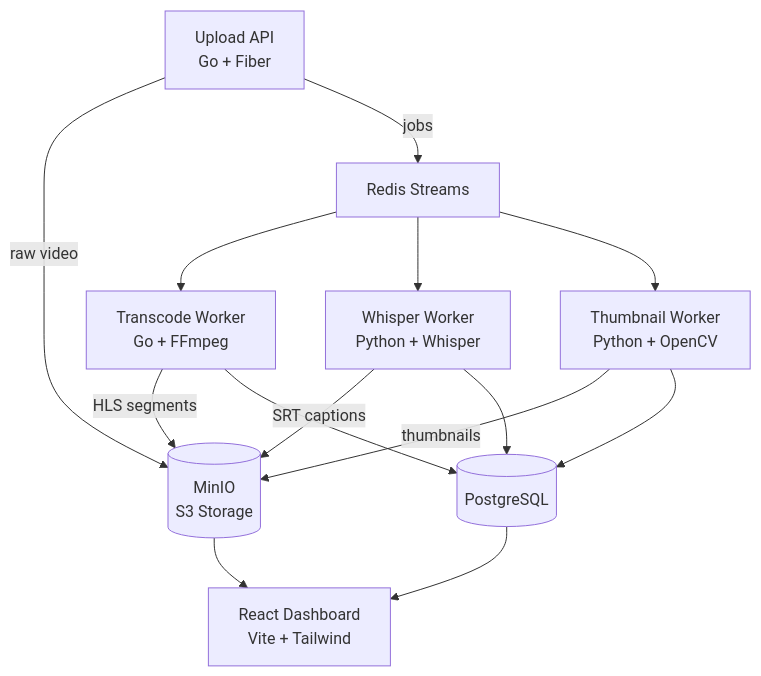
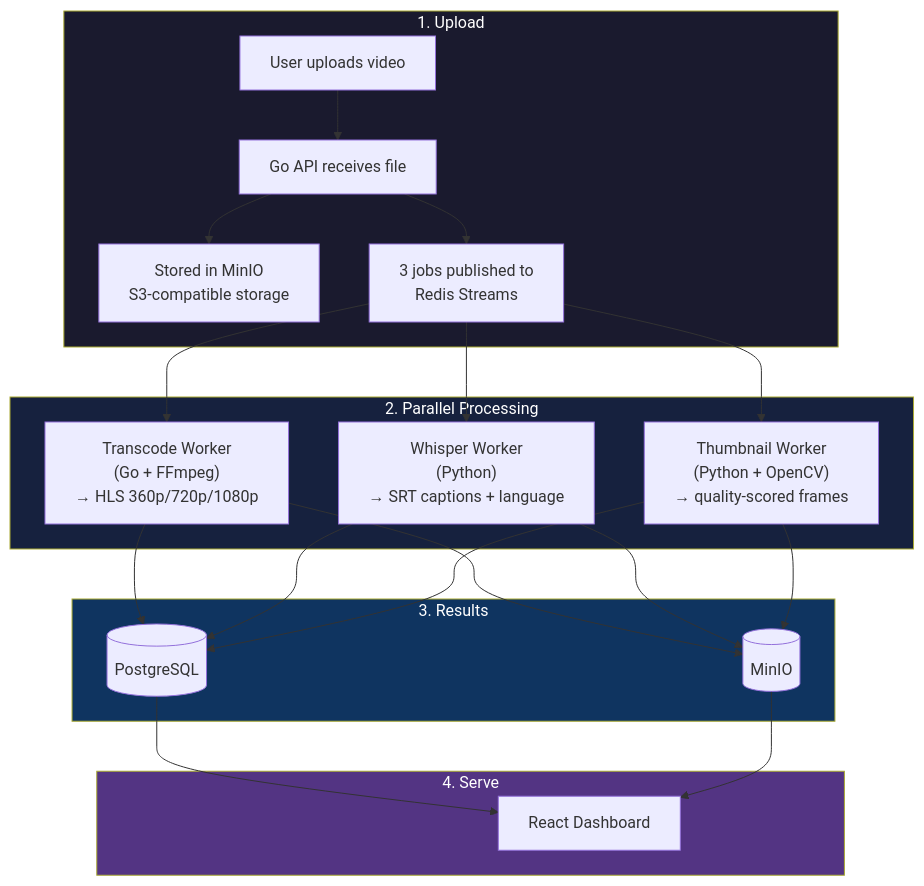
Before and after one commit to Nixxx19/vidpipe: the first of 2 diagrams in README.md, drawn with Mermaid. The commit also changed other lines of this file and 1 other file, not shown here.

````diff
--- a/README.md
+++ b/README.md
@@ -9,20 +18,33 @@
 ```mermaid
 flowchart TB
-    A[Upload API<br/>Go + Fiber] -->|raw video| B[(MinIO<br/>S3 Storage)]
-    A -->|jobs| C[Redis Streams]
-    
-    C --> D[Transcode Worker<br/>Go + FFmpeg]
-    C --> E[Whisper Worker<br/>Python + Whisper]
-    C --> F[Thumbnail Worker<br/>Python + OpenCV]
-    
-    D -->|HLS segments| B
-    E -->|SRT captions| B
-    F -->|thumbnails| B
-    
-    D --> G[(PostgreSQL)]
-    E --> G
-    F --> G
-    
-    G --> H[React Dashboard<br/>Vite + Tailwind]
-    B --> H
+    subgraph upload["1. Upload"]
+        A[User uploads video] --> B[Go API receives file]
+        B --> C[Stored in MinIO<br/>S3-compatible storage]
+        B --> D[3 jobs published to<br/>Redis Streams]
+    end
+
+    subgraph processing["2. Parallel Processing"]
+        D --> E["Transcode Worker<br/>(Go + FFmpeg)<br/>→ HLS 360p/720p/1080p"]
+        D --> F["Whisper Worker<br/>(Python)<br/>→ SRT captions + language"]
+        D --> G["Thumbnail Worker<br/>(Python + OpenCV)<br/>→ quality-scored frames"]
+    end
+
+    subgraph storage["3. Results"]
+        E --> H[(MinIO)]
+        F --> H
+        G --> H
+        E --> I[(PostgreSQL)]
+        F --> I
+        G --> I
+    end
+
+    subgraph serve["4. Serve"]
+        I --> J[React Dashboard]
+        H --> J
+    end
+
+    style upload fill:#1a1a2e,color:#fff
+    style processing fill:#16213e,color:#fff
+    style storage fill:#0f3460,color:#fff
+    style serve fill:#533483,color:#fff
 ```
````
